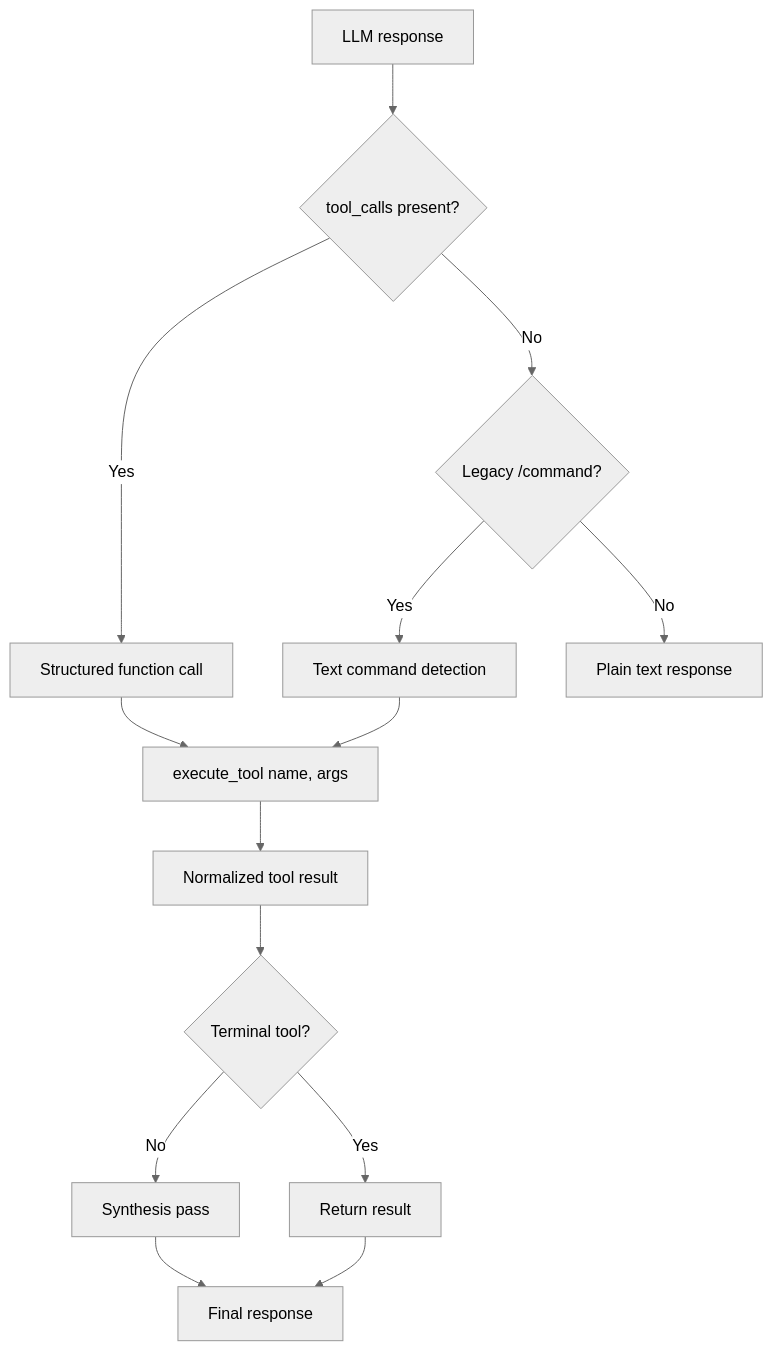
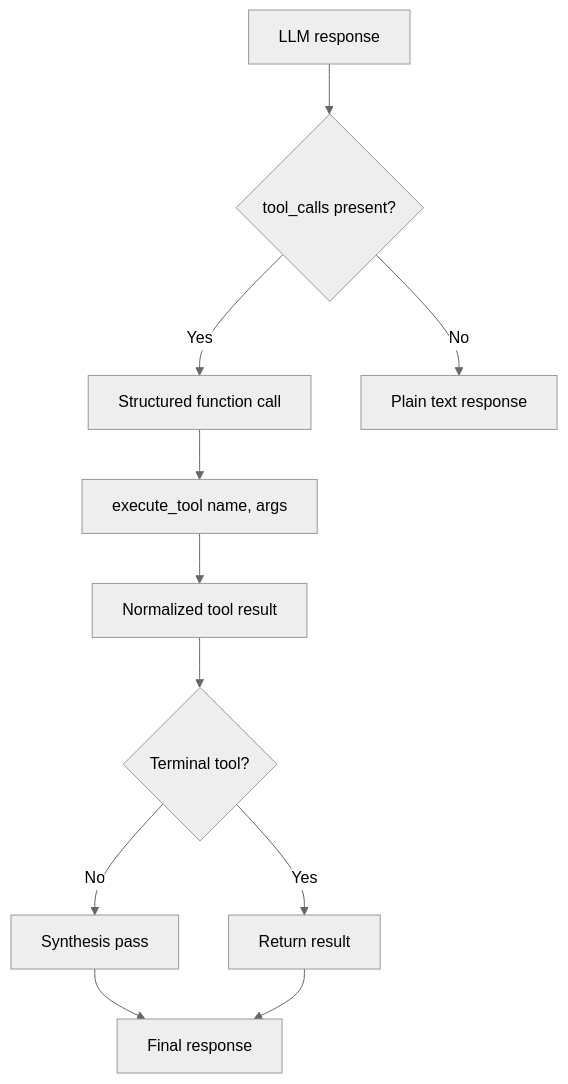
The sixth of 9 diagrams in app/README.md (icedeyes12/yuzu-companion), drawn with Mermaid (neutral theme) before and after one commit. The commit also changed other lines of this file and 5 other files, not shown here.

````diff
--- a/app/README.md
+++ b/app/README.md
@@ -386,16 +384,13 @@
 ```mermaid
 flowchart TD
     A[LLM response] --> B{tool_calls present?}
     B -->|Yes| C[Structured function call]
-    B -->|No| D{Legacy /command?}
-    D -->|Yes| E[Text command detection]
-    D -->|No| F[Plain text response]
+    B -->|No| F[Plain text response]
     C --> G[execute_tool name, args]
-    E --> G
     G --> H[Normalized tool result]
     H --> I{Terminal tool?}
     I -->|Yes| J[Return result]
     I -->|No| K[Synthesis pass]
     K --> L[Final response]
     J --> L
 ```
````
